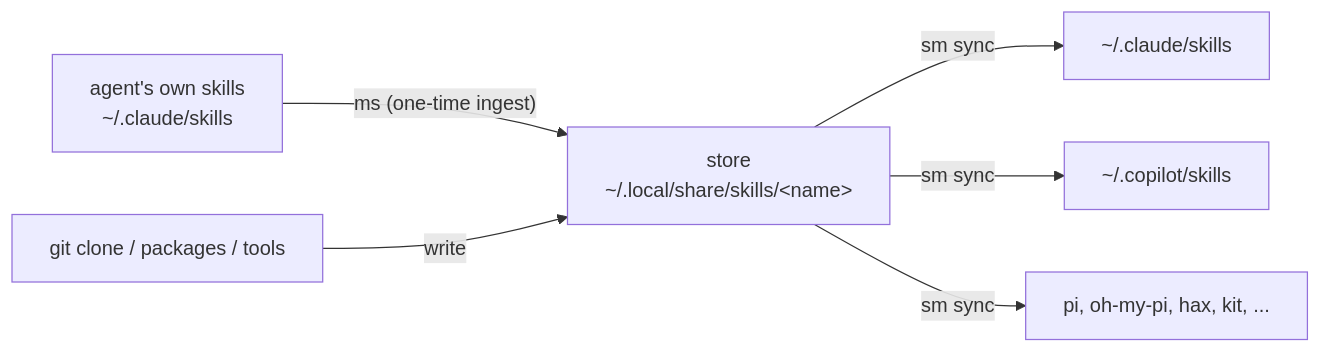
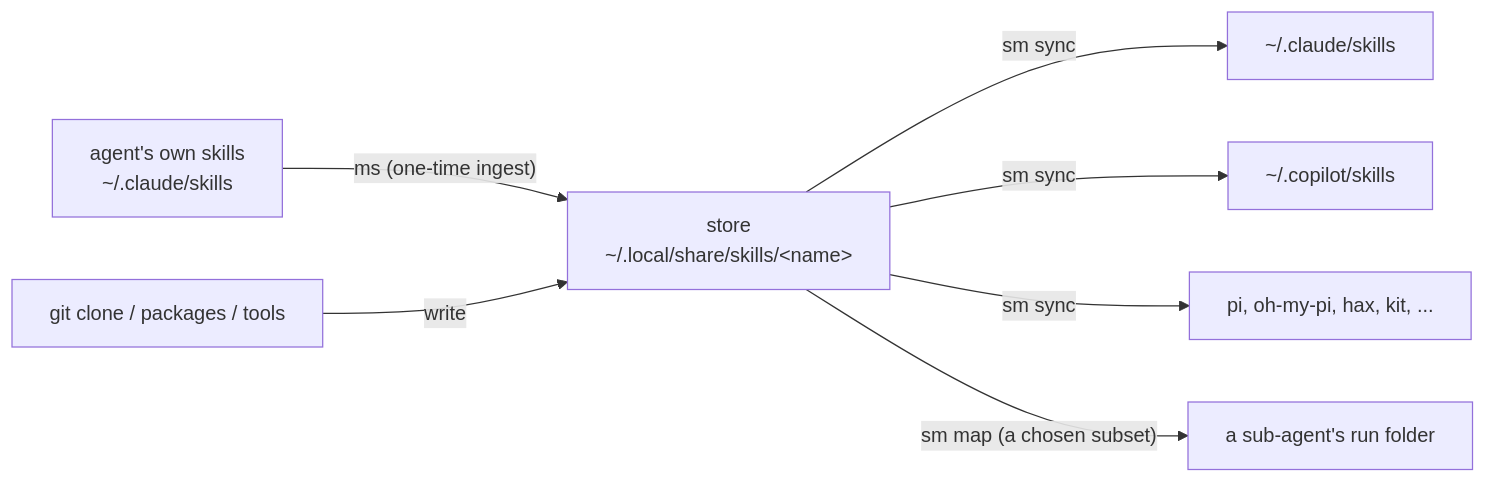
One commit to gherlein/sm changed the diagram in skill/using-skills-mapper/SKILL.md. Above: the diagram before and after it, drawn with Mermaid. The commit also changed other lines of this file and 4 other files, not shown here.

````diff
--- a/skill/using-skills-mapper/SKILL.md
+++ b/skill/using-skills-mapper/SKILL.md
@@ -18,8 +18,9 @@
 ```mermaid
 flowchart LR
     existing["agent's own skills<br/>~/.claude/skills"] -- "ms (one-time ingest)" --> store
     producers["git clone / packages / tools"] -- write --> store["store<br/>~/.local/share/skills/&lt;name&gt;"]
     store -- "sm sync" --> claude["~/.claude/skills"]
     store -- "sm sync" --> copilot["~/.copilot/skills"]
     store -- "sm sync" --> others["pi, oh-my-pi, hax, kit, ..."]
+    store -- "sm map (a chosen subset)" --> run["a sub-agent's run folder"]
 ```
````
